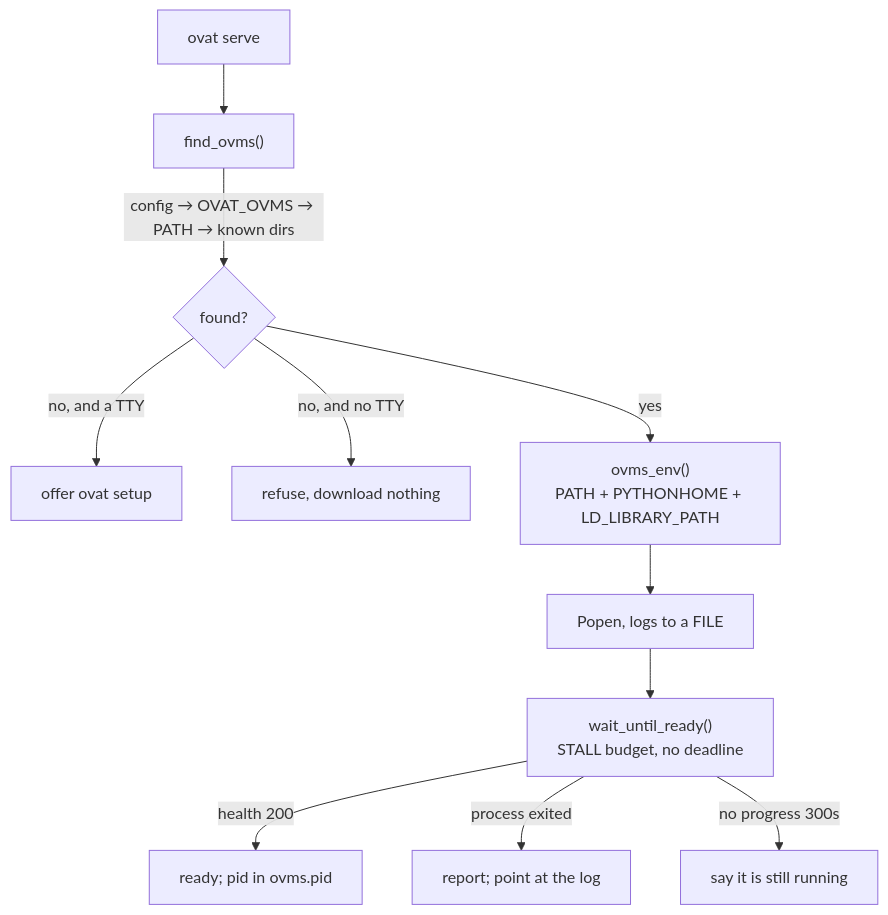
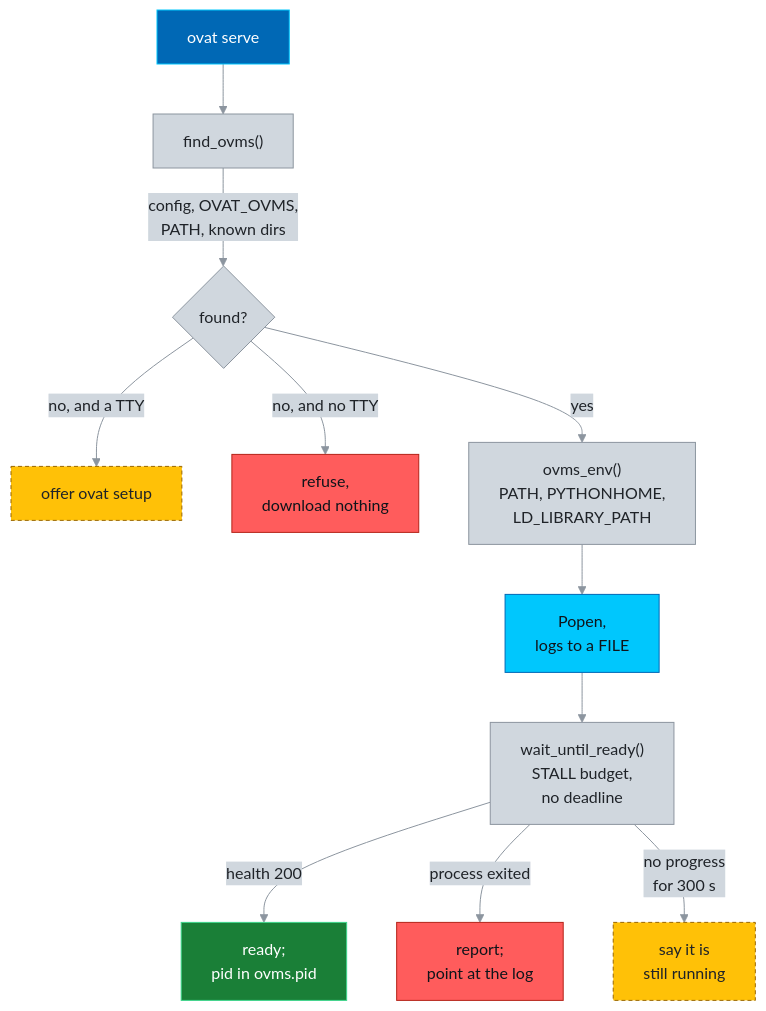
Before and after one commit to Lagmator22/ovat: the seventh of 11 diagrams in docs/ARCHITECTURE.md, drawn with Mermaid. The commit also changed other lines of this file and 1 other file, not shown here.

First line of the commit message:
docs: colour the Mermaid diagrams and fix labels that were cut off

````diff
--- a/docs/ARCHITECTURE.md
+++ b/docs/ARCHITECTURE.md
@@ -634,13 +708,27 @@
 ```mermaid
+%%{init: {"theme": "base", "themeVariables": {"primaryColor": "#D0D7DE", "primaryTextColor": "#1F2328", "primaryBorderColor": "#8C959F", "lineColor": "#8C959F", "textColor": "#1F2328", "edgeLabelBackground": "#D0D7DE", "clusterBkg": "transparent", "clusterBorder": "#7A8CA0", "titleColor": "#7A8CA0"}}}%%
 flowchart TD
     Serve["ovat serve"] --> Locate["find_ovms()"]
-    Locate -->|"config → OVAT_OVMS → PATH → known dirs"| Found{"found?"}
+    Locate -->|"config, OVAT_OVMS,<br/>PATH, known dirs"| Found{"found?"}
     Found -->|"no, and a TTY"| Offer["offer ovat setup"]
-    Found -->|"no, and no TTY"| Refuse["refuse, download nothing"]
-    Found -->|"yes"| Env["ovms_env()<br/>PATH + PYTHONHOME + LD_LIBRARY_PATH"]
-    Env --> Spawn["Popen, logs to a FILE"]
-    Spawn --> Wait["wait_until_ready()<br/>STALL budget, no deadline"]
-    Wait -->|"health 200"| Ready["ready; pid in ovms.pid"]
-    Wait -->|"process exited"| Dead["report; point at the log"]
-    Wait -->|"no progress 300s"| Stall["say it is still running"]
+    Found -->|"no, and no TTY"| Refuse["refuse,<br/>download nothing"]
+    Found -->|"yes"| Env["ovms_env()<br/>PATH, PYTHONHOME,<br/>LD_LIBRARY_PATH"]
+    Env --> Spawn["Popen,<br/>logs to a FILE"]
+    Spawn --> Wait["wait_until_ready()<br/>STALL budget,<br/>no deadline"]
+    Wait -->|"health 200"| Ready["ready;<br/>pid in ovms.pid"]
+    Wait -->|"process exited"| Dead["report;<br/>point at the log"]
+    Wait -->|"no progress<br/>for 300 s"| Stall["say it is<br/>still running"]
+
+    classDef cli fill:#0068B5,stroke:#00C7FD,color:#FFFFFF
+    classDef backend fill:#00C7FD,stroke:#0068B5,color:#0F141A
+    classDef step fill:#D0D7DE,stroke:#8C959F,color:#1F2328
+    classDef ok fill:#1A7F37,stroke:#3DD68C,color:#FFFFFF
+    classDef fail fill:#FF5C5C,stroke:#B42318,color:#0F141A
+    classDef warn fill:#FFC107,stroke:#9A6700,color:#1F2328,stroke-dasharray:4 3
+    class Serve cli
+    class Locate,Found,Env,Wait step
+    class Spawn backend
+    class Offer,Stall warn
+    class Refuse,Dead fail
+    class Ready ok
 ```
````
